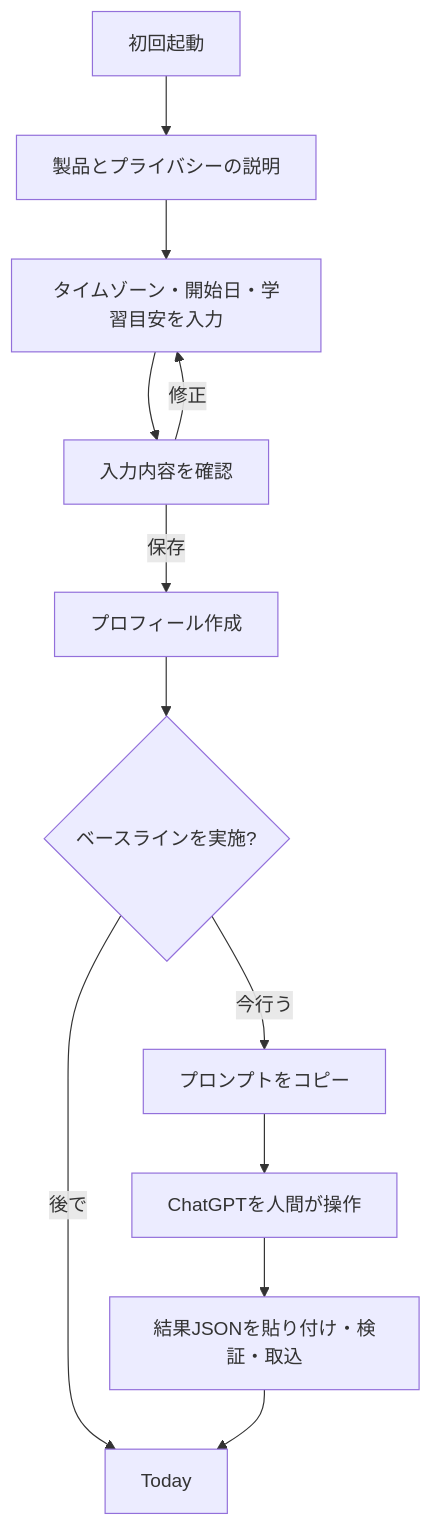
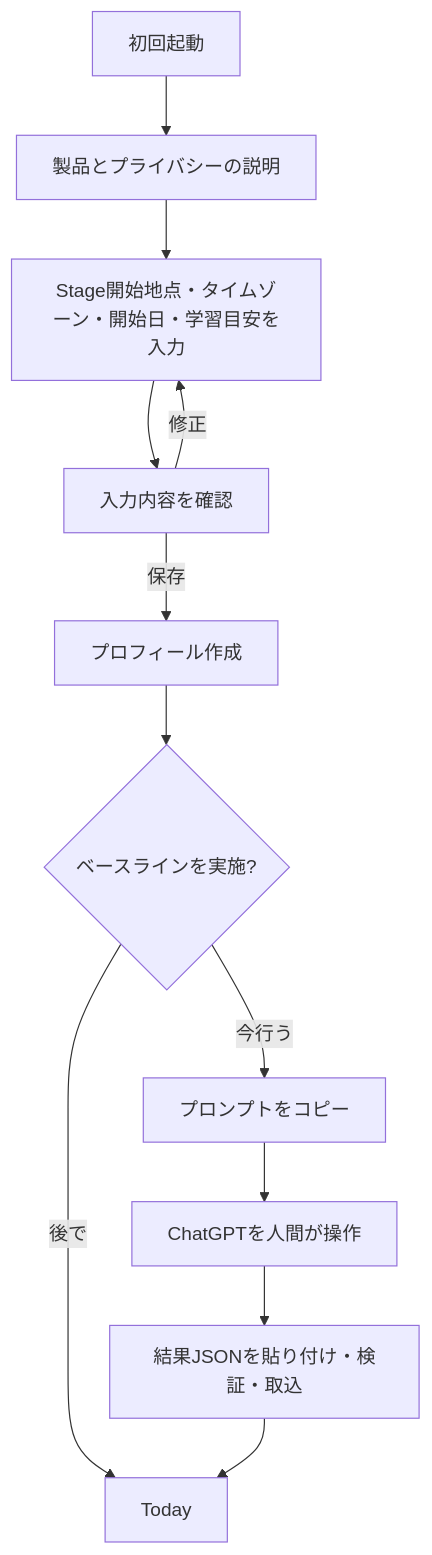
The first of 2 diagrams in docs/USER_FLOWS.md (qa-marmot/trellune), drawn with Mermaid before and after one commit. The commit also changed other lines of this file and 30 other files, not shown here.

````diff
--- a/docs/USER_FLOWS.md
+++ b/docs/USER_FLOWS.md
@@ -14,14 +14,14 @@
 ```mermaid
 flowchart TD
   A["初回起動"] --> B["製品とプライバシーの説明"]
-  B --> C["タイムゾーン・開始日・学習目安を入力"]
+  B --> C["Stage開始地点・タイムゾーン・開始日・学習目安を入力"]
   C --> D["入力内容を確認"]
   D -->|修正| C
   D -->|保存| E["プロフィール作成"]
   E --> F{"ベースラインを実施?"}
   F -->|今行う| G["プロンプトをコピー"]
   G --> H["ChatGPTを人間が操作"]
   H --> I["結果JSONを貼り付け・検証・取込"]
   F -->|後で| J["Today"]
   I --> J
 ```
````
